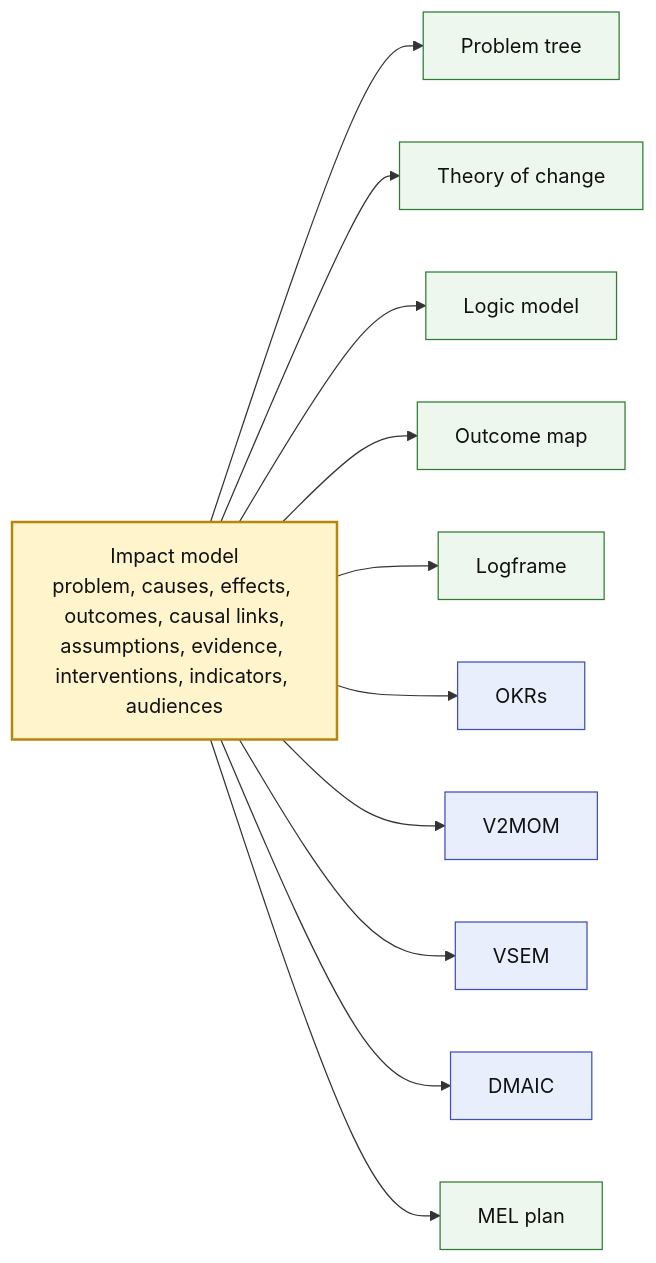
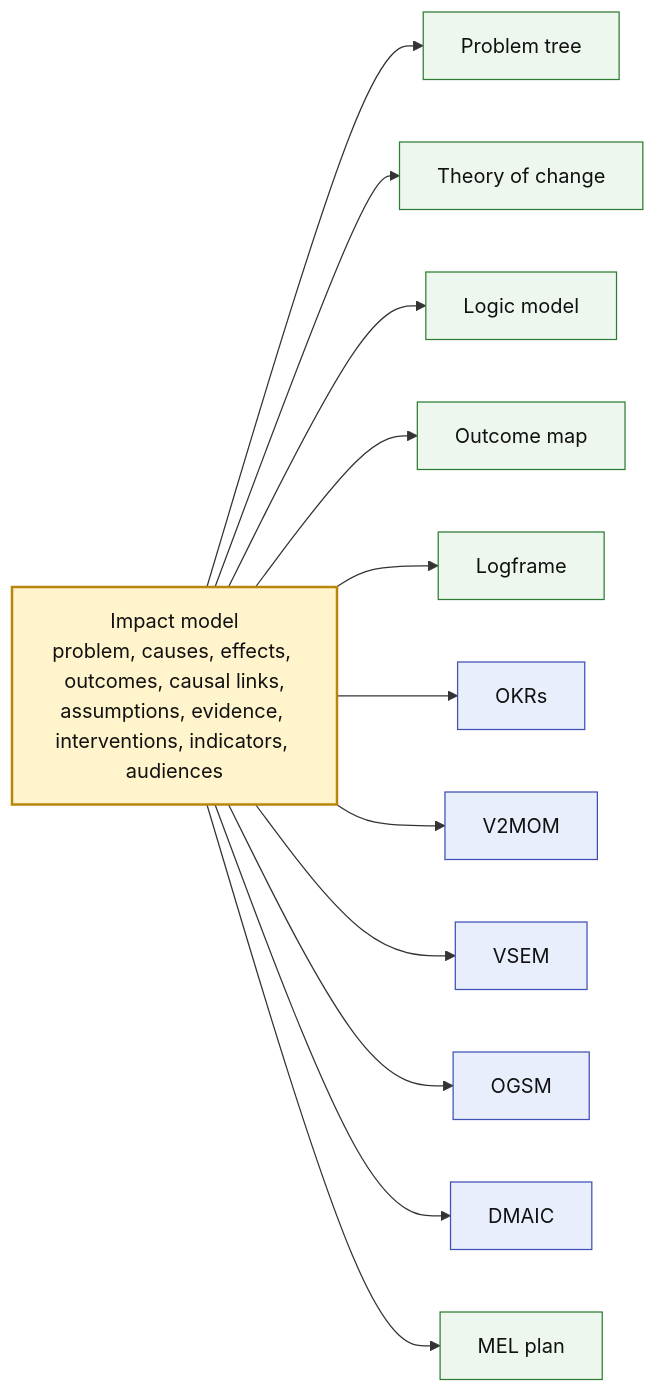
The first of 4 diagrams in docs/index.md (ProductBuildersHQ/impact-model), drawn with Mermaid before and after one commit. The commit also changed other lines of this file and 12 other files, not shown here.

````diff
--- a/docs/index.md
+++ b/docs/index.md
@@ -19,18 +19,19 @@
 ```mermaid
 flowchart LR
   classDef model fill:#fff4cc,stroke:#b8860b,stroke-width:2px,color:#111
   classDef method fill:#eef7ee,stroke:#2e7d32,color:#111
   classDef strategy fill:#e8eefc,stroke:#3f51b5,color:#111
 
   im["Impact model<br/>problem, causes, effects, outcomes, causal links,<br/>assumptions, evidence, interventions, indicators, audiences"]:::model
   im --> pt["Problem tree"]:::method
   im --> toc["Theory of change"]:::method
   im --> lm["Logic model"]:::method
   im --> om["Outcome map"]:::method
   im --> lf["Logframe"]:::method
   im --> okr["OKRs"]:::strategy
   im --> v2["V2MOM"]:::strategy
   im --> vs["VSEM"]:::strategy
+  im --> og["OGSM"]:::strategy
   im --> dm["DMAIC"]:::strategy
   im --> ml["MEL plan"]:::method
 ```
````
